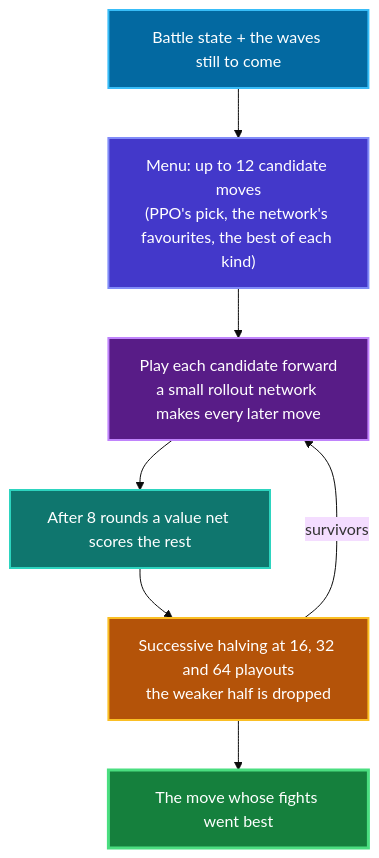
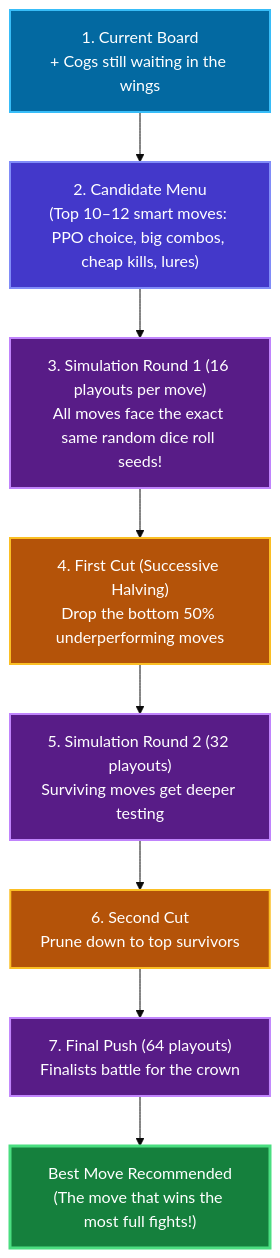
The third of 5 diagrams in README.md (Angle-Brackets/TTRSolver), drawn with Mermaid (base theme) before and after one commit. The commit also changed other lines of this file and 8 other files, not shown here.

Commit message:
docs: overhaul documentation and readmes with clean styling, diagrams, and formatting

````diff
--- a/README.md
+++ b/README.md
@@ -139,23 +193,28 @@
 ```mermaid
 flowchart TD
     classDef stateNode fill:#0369a1,stroke:#38bdf8,stroke-width:2px,color:#ffffff
     classDef menuNode fill:#4338ca,stroke:#818cf8,stroke-width:2px,color:#ffffff
     classDef rollNode fill:#581c87,stroke:#c084fc,stroke-width:2px,color:#ffffff
-    classDef cutNode fill:#0f766e,stroke:#2dd4bf,stroke-width:2px,color:#ffffff
     classDef halveNode fill:#b45309,stroke:#fbbf24,stroke-width:2px,color:#ffffff
     classDef outNode fill:#15803d,stroke:#4ade80,stroke-width:3px,color:#ffffff
 
-    S["Battle state + the waves still to come"] --> M["Menu: up to 12 candidate moves<br/>(PPO's pick, the network's favourites, the best of each kind)"]
-    M --> R["Play each candidate forward<br/>a small rollout network makes every later move"]
-    R --> C["After 8 rounds a value net scores the rest"]
-    C --> H["Successive halving at 16, 32 and 64 playouts<br/>the weaker half is dropped"]
-    H -->|survivors| R
-    H --> O["The move whose fights went best"]
+    S["1. Current Board<br/>+ Cogs still waiting in the wings"] --> M["2. Candidate Menu<br/>(Top 10–12 smart moves: PPO choice, big combos, cheap kills, lures)"]
+    
+    M --> R1["3. Simulation Round 1 (16 playouts per move)<br/>All moves face the exact same random dice roll seeds!"]
+    
+    R1 --> H1["4. First Cut (Successive Halving)<br/>Drop the bottom 50% underperforming moves"]
+    
+    H1 --> R2["5. Simulation Round 2 (32 playouts)<br/>Surviving moves get deeper testing"]
+    
+    R2 --> H2["6. Second Cut<br/>Prune down to top survivors"]
+    
+    H2 --> R3["7. Final Push (64 playouts)<br/>Finalists battle for the crown"]
+    
+    R3 --> OUT["Best Move Recommended<br/>(The move that wins the most full fights!)"]
 
     class S stateNode
     class M menuNode
-    class R rollNode
-    class C cutNode
-    class H halveNode
-    class O outNode
+    class R1,R2,R3 rollNode
+    class H1,H2 halveNode
+    class OUT outNode
 ```
````
